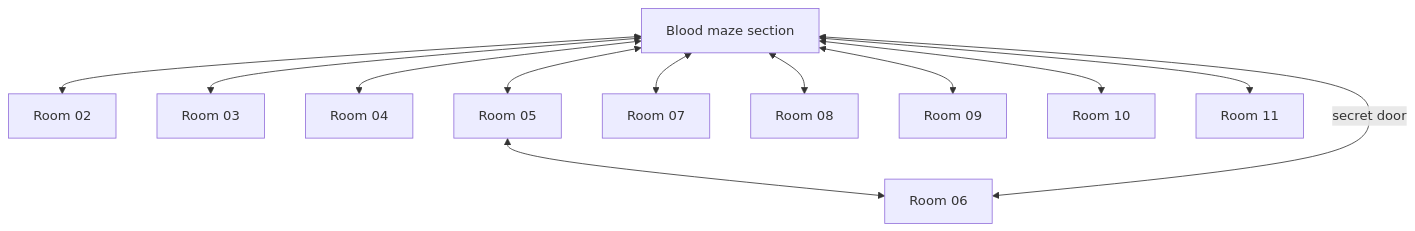
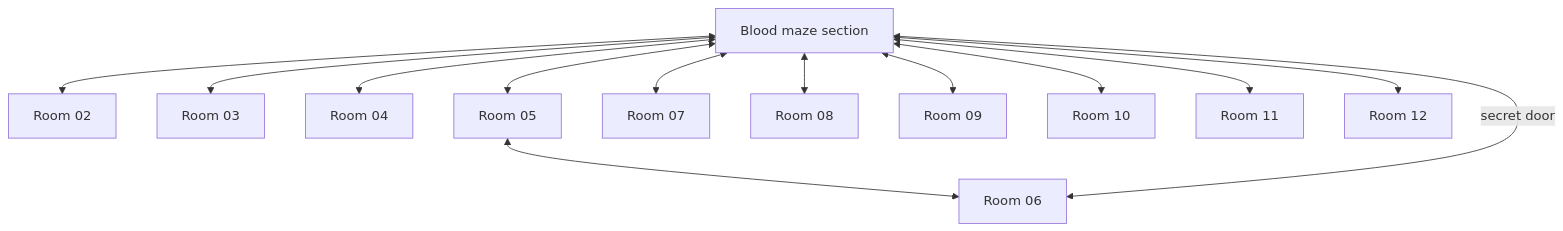
The third of 3 diagrams in Dungeon/Level_03/README.md (SlothBorg/Dungeon23), drawn with Mermaid before and after one commit. The commit also changed 4 other files, not shown here.

````diff
--- a/Dungeon/Level_03/README.md
+++ b/Dungeon/Level_03/README.md
@@ -23,13 +23,14 @@
 ```mermaid
 flowchart TD
     Blood[Blood maze section] <-->C2[Room 02]
     Blood <--> C3[Room 03]
     Blood <--> C4[Room 04]
     Blood <--> C5[Room 05] <--> C6[Room 06] <-- secret door --> Blood
     Blood <--> C7[Room 07]
     Blood <--> C8[Room 08]
     Blood <--> C9[Room 09]
     Blood <--> C10[Room 10]
     Blood <--> C11[Room 11]
+    Blood <--> C12[Room 12]
 
 ```
````
